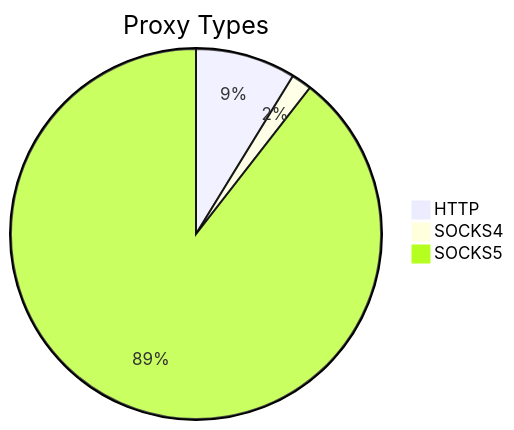
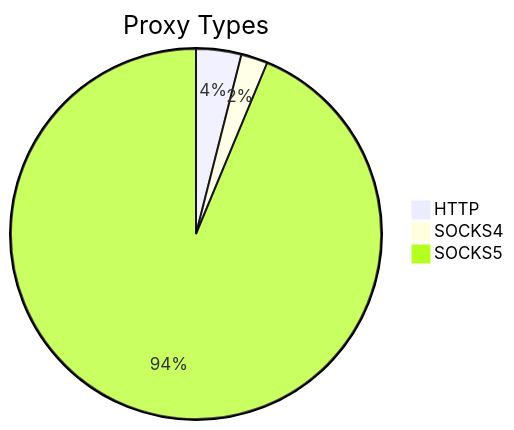
Before and after one commit to stormsia/proxy-list: the first of 2 diagrams in README.md, drawn with Mermaid. The commit also changed other lines of this file, not shown here.

````diff
--- a/README.md
+++ b/README.md
@@ -21,6 +21,6 @@
 ```mermaid
 pie title Proxy Types
-    "HTTP" : 173
-    "SOCKS4" : 35
-    "SOCKS5" : 1767
+    "HTTP" : 122
+    "SOCKS4" : 72
+    "SOCKS5" : 2898
 ```
````
